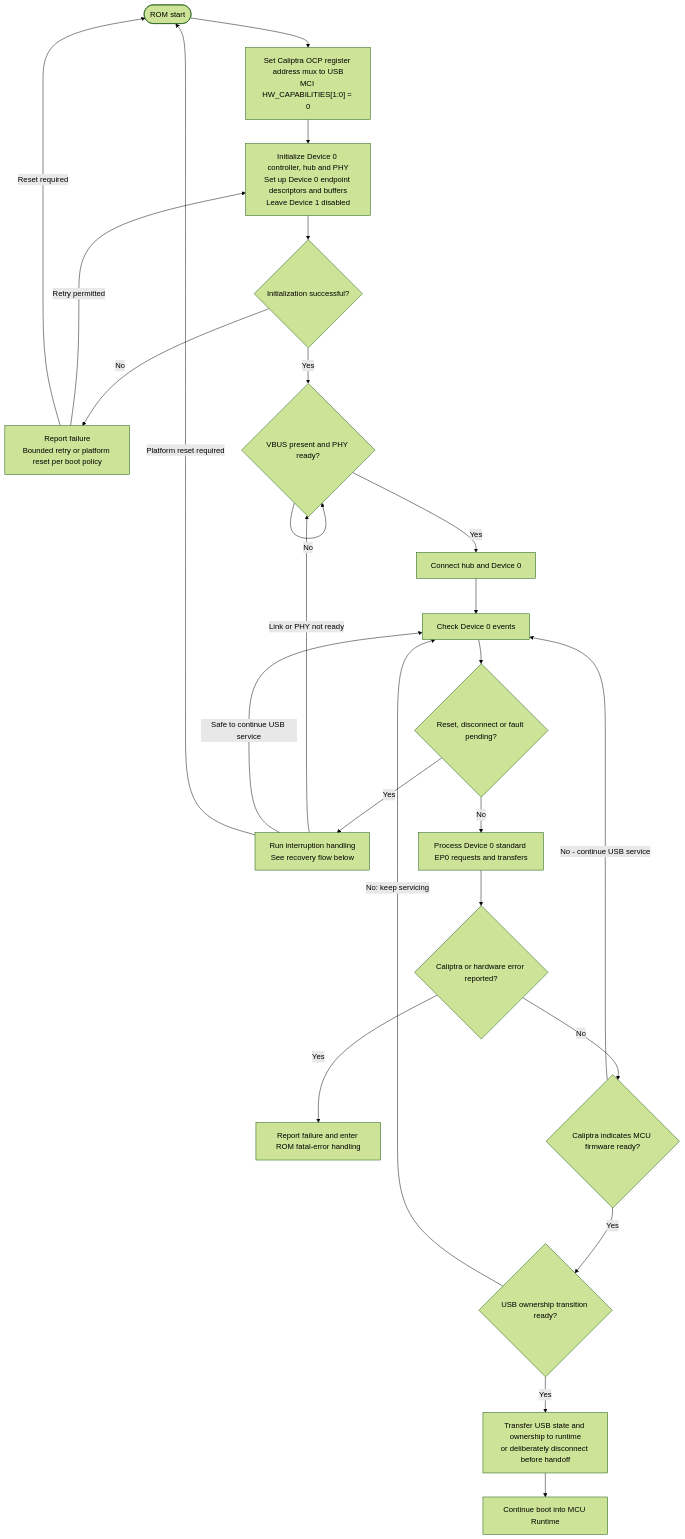
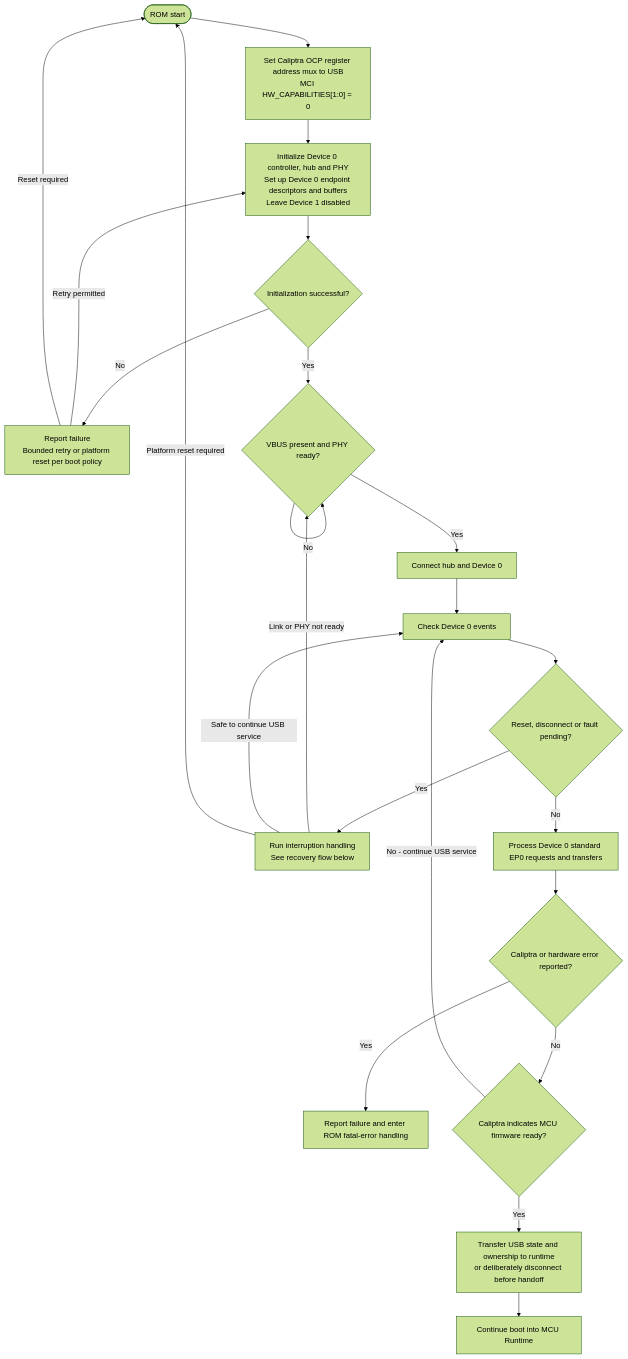
One commit to chipsalliance/caliptra-mcu-sw changed the sixth of 7 diagrams in docs/src/usb_recovery_emulation.md. Above: the diagram before and after it, drawn with Mermaid (forest theme). The commit also changed other lines of this file, not shown here.

Commit message:
Remove redundant USB ownership readiness decision

````diff
--- a/docs/src/usb_recovery_emulation.md
+++ b/docs/src/usb_recovery_emulation.md
@@ -667,39 +667,36 @@
 ```mermaid
 flowchart TD
     Start(["ROM start"])
     Mux["Set Caliptra OCP register address mux to USB<br/>MCI HW_CAPABILITIES[1:0] = 0"]
     Init["Initialize Device 0 controller, hub and PHY<br/>Set up Device 0 endpoint descriptors and buffers<br/>Leave Device 1 disabled"]
     InitOK{"Initialization successful?"}
     InitFail["Report failure<br/>Bounded retry or platform reset per boot policy"]
     Attach{"VBUS present and PHY ready?"}
     Connect["Connect hub and Device 0"]
     Loop["Check Device 0 events"]
     Event{"Reset, disconnect or fault pending?"}
     Recover["Run interruption handling<br/>See recovery flow below"]
     EP0["Process Device 0 standard EP0 requests and transfers"]
     Check{"Caliptra or hardware error reported?"}
     Fatal["Report failure and enter ROM fatal-error handling"]
     Ready{"Caliptra indicates MCU firmware ready?"}
-    Handoff{"USB ownership transition ready?"}
     Transfer["Transfer USB state and ownership to runtime<br/>or deliberately disconnect before handoff"]
     Run["Continue boot into MCU Runtime"]
 
     Start --> Mux --> Init --> InitOK
     InitOK -->|No| InitFail
     InitFail -->|Retry permitted| Init
     InitFail -->|Reset required| Start
     InitOK -->|Yes| Attach
     Attach -->|No| Attach
     Attach -->|Yes| Connect --> Loop --> Event
     Event -->|Yes| Recover
     Recover -->|Link or PHY not ready| Attach
     Recover -->|Safe to continue USB service| Loop
     Recover -->|Platform reset required| Start
     Event -->|No| EP0 --> Check
     Check -->|No| Ready
     Check -->|Yes| Fatal
     Ready -->|No - continue USB service| Loop
-    Ready -->|Yes| Handoff
-    Handoff -->|No: keep servicing| Loop
-    Handoff -->|Yes| Transfer --> Run
+    Ready -->|Yes| Transfer --> Run
 ```
````
